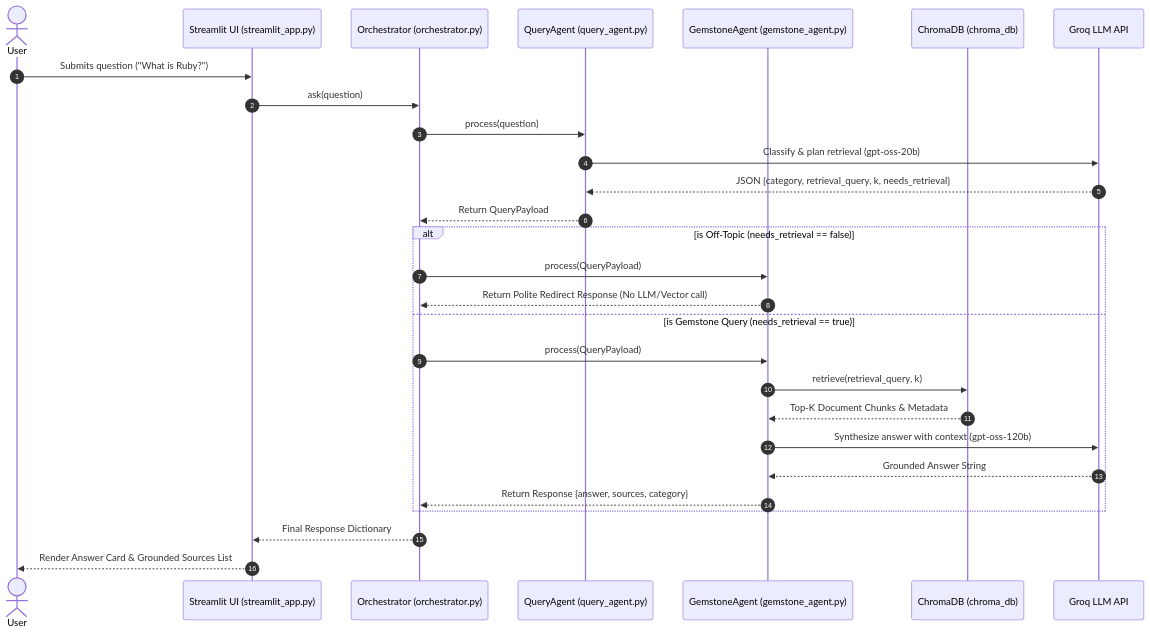
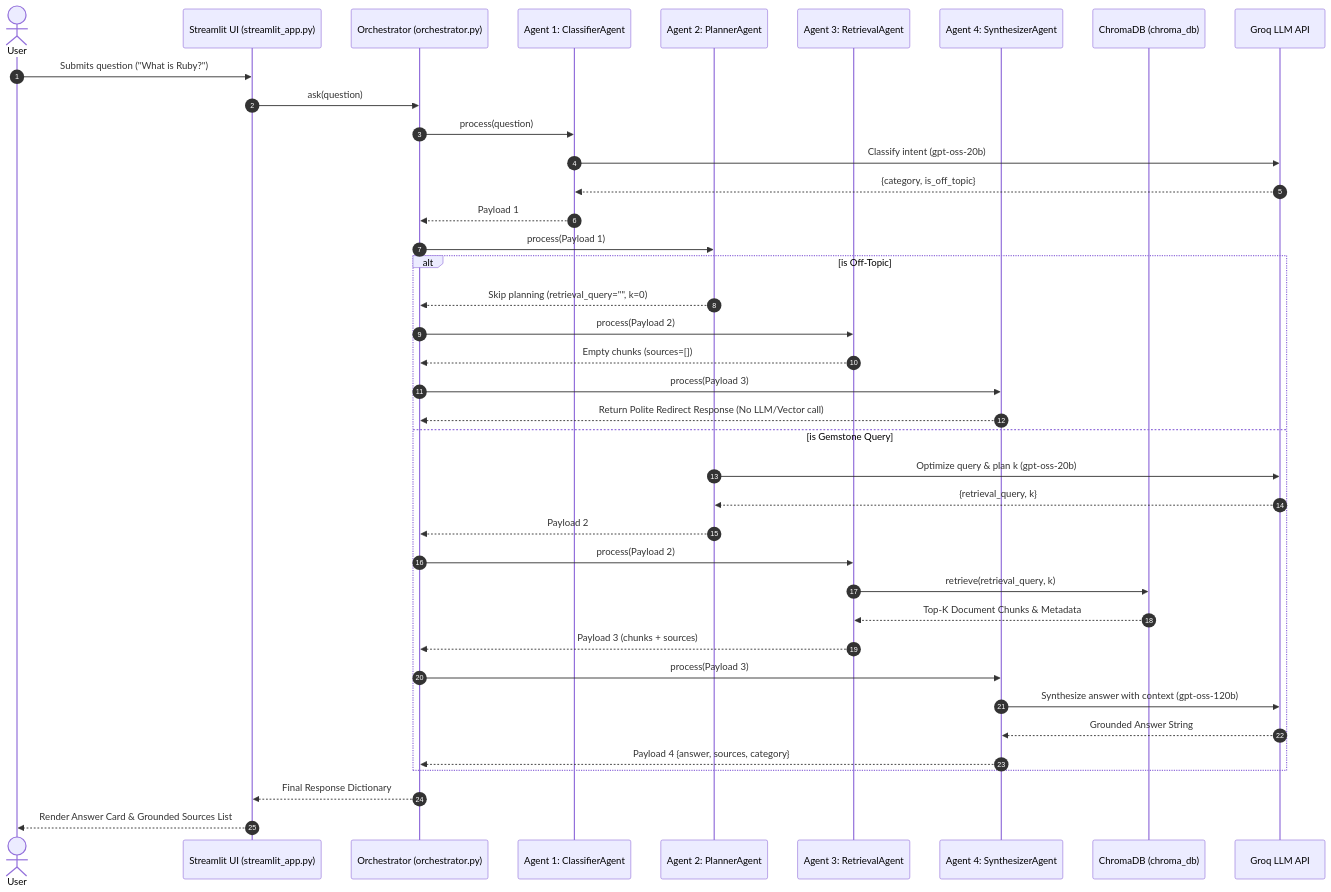
Before and after one commit to Sajini2/Gemstone-Knowledge-Assistant-: the second of 2 diagrams in README.md, drawn with Mermaid. The commit also changed other lines of this file and 6 other files, not shown here.

Commit message:
feat: upgrade multi-agent system to specialized 4-agent pipeline architecture

````diff
--- a/README.md
+++ b/README.md
@@ -100,33 +103,44 @@
 ```mermaid
 sequenceDiagram
     autonumber
     actor User
     participant App as Streamlit UI (streamlit_app.py)
     participant Orch as Orchestrator (orchestrator.py)
-    participant QA as QueryAgent (query_agent.py)
-    participant GA as GemstoneAgent (gemstone_agent.py)
+    participant A1 as Agent 1: ClassifierAgent
+    participant A2 as Agent 2: PlannerAgent
+    participant A3 as Agent 3: RetrievalAgent
+    participant A4 as Agent 4: SynthesizerAgent
     participant VectorDB as ChromaDB (chroma_db)
     participant Groq as Groq LLM API
 
     User->>App: Submits question ("What is Ruby?")
     App->>Orch: ask(question)
-    Orch->>QA: process(question)
-    QA->>Groq: Classify & plan retrieval (gpt-oss-20b)
-    Groq-->>QA: JSON {category, retrieval_query, k, needs_retrieval}
-    QA-->>Orch: Return QueryPayload
+    Orch->>A1: process(question)
+    A1->>Groq: Classify intent (gpt-oss-20b)
+    Groq-->>A1: {category, is_off_topic}
+    A1-->>Orch: Payload 1
     
-    alt is Off-Topic (needs_retrieval == false)
-        Orch->>GA: process(QueryPayload)
-        GA-->>Orch: Return Polite Redirect Response (No LLM/Vector call)
-    else is Gemstone Query (needs_retrieval == true)
-        Orch->>GA: process(QueryPayload)
-        GA->>VectorDB: retrieve(retrieval_query, k)
-        VectorDB-->>GA: Top-K Document Chunks & Metadata
-        GA->>Groq: Synthesize answer with context (gpt-oss-120b)
-        Groq-->>GA: Grounded Answer String
-        GA-->>Orch: Return Response {answer, sources, category}
+    Orch->>A2: process(Payload 1)
+    alt is Off-Topic
+        A2-->>Orch: Skip planning (retrieval_query="", k=0)
+        Orch->>A3: process(Payload 2)
+        A3-->>Orch: Empty chunks (sources=[])
+        Orch->>A4: process(Payload 3)
+        A4-->>Orch: Return Polite Redirect Response (No LLM/Vector call)
+    else is Gemstone Query
+        A2->>Groq: Optimize query & plan k (gpt-oss-20b)
+        Groq-->>A2: {retrieval_query, k}
+        A2-->>Orch: Payload 2
+        Orch->>A3: process(Payload 2)
+        A3->>VectorDB: retrieve(retrieval_query, k)
+        VectorDB-->>A3: Top-K Document Chunks & Metadata
+        A3-->>Orch: Payload 3 (chunks + sources)
+        Orch->>A4: process(Payload 3)
+        A4->>Groq: Synthesize answer with context (gpt-oss-120b)
+        Groq-->>A4: Grounded Answer String
+        A4-->>Orch: Payload 4 {answer, sources, category}
     end
     
     Orch-->>App: Final Response Dictionary
     App-->>User: Render Answer Card & Grounded Sources List
 ```
````
